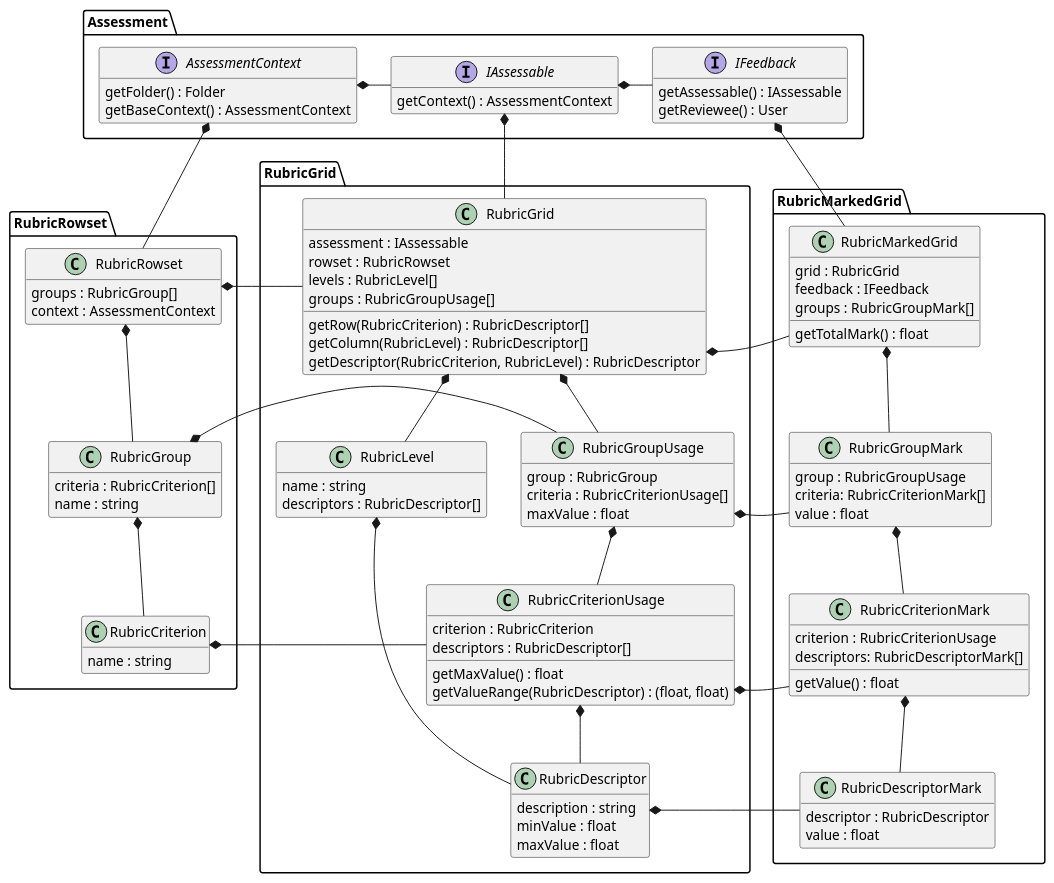
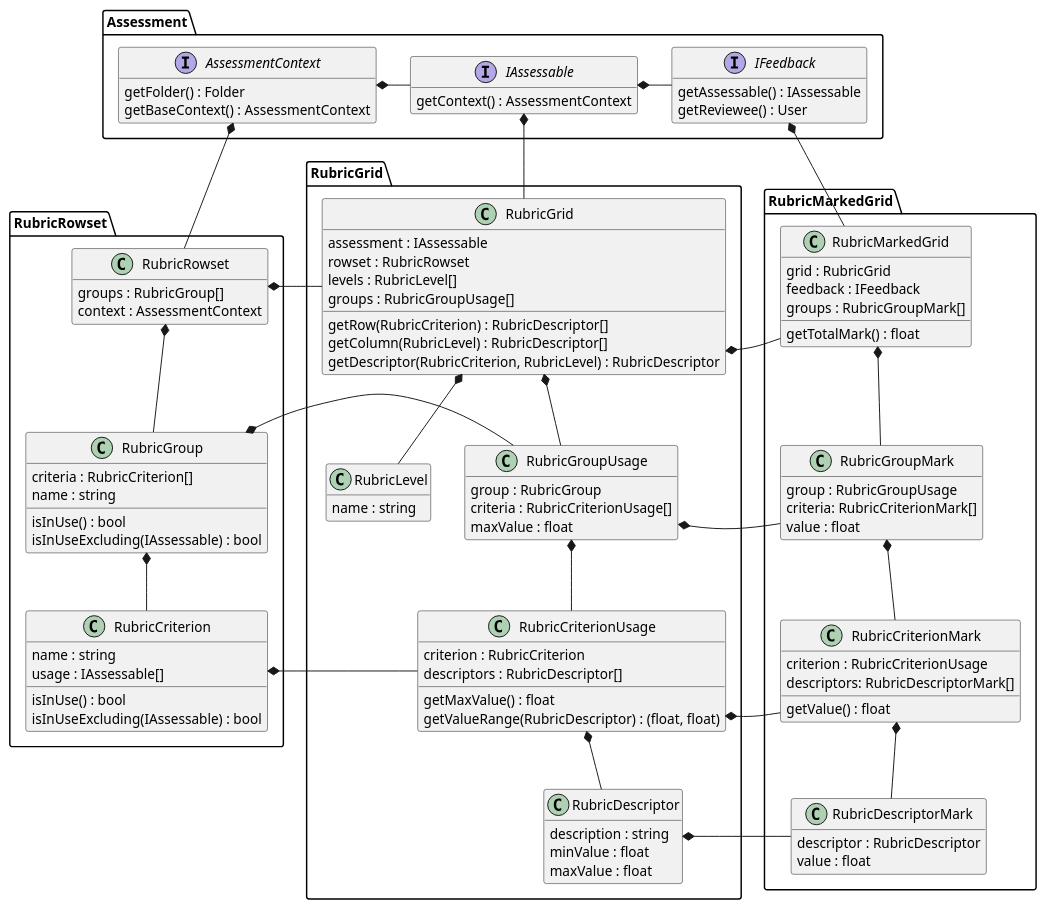
The diagram in library/Schoolbox/Assessment/Rubric/Rubric.plantuml (juliaattrevisan/schoolbox-api-docs), drawn with PlantUML before and after one commit.

Commit message:
Remove level -> descriptor link, add isInUse [SA-7282]

```diff
--- a/library/Schoolbox/Assessment/Rubric/Rubric.plantuml
+++ b/library/Schoolbox/Assessment/Rubric/Rubric.plantuml
@@ -1,148 +1,151 @@
 @startuml
 
 hide empty fields
 hide empty methods
 
 namespace Assessment {
 
     interface AssessmentContext {
         getFolder() : Folder
         getBaseContext() : AssessmentContext
     }
 
     interface IAssessable {
         getContext() : AssessmentContext
     }
 
     interface IFeedback {
         getAssessable() : IAssessable
         getReviewee() : User
     }
 
     ' internal relations
     AssessmentContext *-r- IAssessable
     IAssessable *-r- IFeedback
 }
 
 
 namespace RubricRowset {
 
     class RubricRowset {
         groups : RubricGroup[]
         context : AssessmentContext
     }
 
     class RubricGroup {
         criteria : RubricCriterion[]
         name : string
+        isInUse() : bool
+        isInUseExcluding(IAssessable) : bool
     }
 
     class RubricCriterion {
         name : string
+        usage : IAssessable[]
+        isInUse() : bool
+        isInUseExcluding(IAssessable) : bool
     }
 
     ' internal relations
     RubricRowset *-d- RubricGroup
     RubricGroup *-d- RubricCriterion
 
     ' relation to Assessment
     Assessment.AssessmentContext *-d- RubricRowset
 }
 
 
 namespace RubricGrid {
 
     class RubricGrid {
         assessment : IAssessable
         rowset : RubricRowset
         levels : RubricLevel[]
         groups : RubricGroupUsage[]
         getRow(RubricCriterion) : RubricDescriptor[]
         getColumn(RubricLevel) : RubricDescriptor[]
         getDescriptor(RubricCriterion, RubricLevel) : RubricDescriptor
     }
 
     class RubricGroupUsage {
         group : RubricGroup
         criteria : RubricCriterionUsage[]
         maxValue : float
     }
 
     class RubricCriterionUsage {
         criterion : RubricCriterion
         descriptors : RubricDescriptor[]
         getMaxValue() : float
         getValueRange(RubricDescriptor) : (float, float)
     }
 
     class RubricLevel {
         name : string
-        descriptors : RubricDescriptor[]
     }
 
     class RubricDescriptor {
         description : string
         minValue : float
         maxValue : float
     }
 
     ' internal relations
     RubricGrid *-d- RubricGroupUsage
     RubricGroupUsage *-d- RubricCriterionUsage
     RubricCriterionUsage *-d- RubricDescriptor
     RubricGrid *-d- RubricLevel
-    RubricLevel *-r- RubricDescriptor
     RubricLevel *-[hidden]r- RubricGroupUsage
 
     ' relation to Assessment
     Assessment.IAssessable *-d- RubricGrid
 
     ' relation to RubricRowset
     RubricGrid -l-* RubricRowset.RubricRowset
     RubricGroupUsage -l-* RubricRowset.RubricGroup
     RubricCriterionUsage -l-* RubricRowset.RubricCriterion
 }
 
 
 namespace RubricMarkedGrid {
 
     class RubricMarkedGrid {
         grid : RubricGrid
         feedback : IFeedback
         groups : RubricGroupMark[]
         getTotalMark() : float
     }
 
     class RubricGroupMark {
         group : RubricGroupUsage
         criteria: RubricCriterionMark[]
         value : float
     }
 
     class RubricCriterionMark {
         criterion : RubricCriterionUsage
         descriptors: RubricDescriptorMark[]
         getValue() : float
     }
 
     class RubricDescriptorMark {
         descriptor : RubricDescriptor
         value : float
     }
 
     ' internal relations
     RubricMarkedGrid *-d- RubricGroupMark
     RubricGroupMark *-d- RubricCriterionMark
     RubricCriterionMark *-d- RubricDescriptorMark
 
     ' relation to Assessment
     Assessment.IFeedback *-d- RubricMarkedGrid
 
     ' relation to RubricGrid
     RubricMarkedGrid -l-* RubricGrid.RubricGrid
     RubricGroupMark -l-* RubricGrid.RubricGroupUsage
     RubricCriterionMark -l-* RubricGrid.RubricCriterionUsage
     RubricDescriptorMark -l-* RubricGrid.RubricDescriptor
 }
 
 @enduml
```
